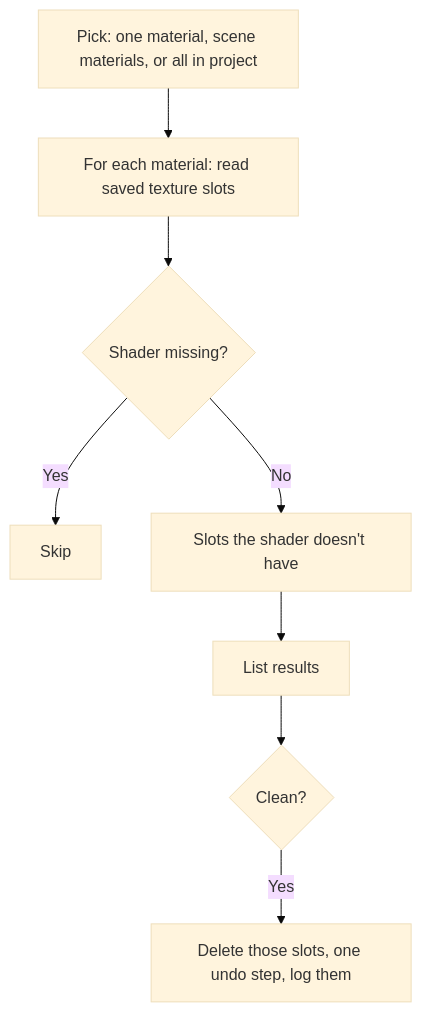
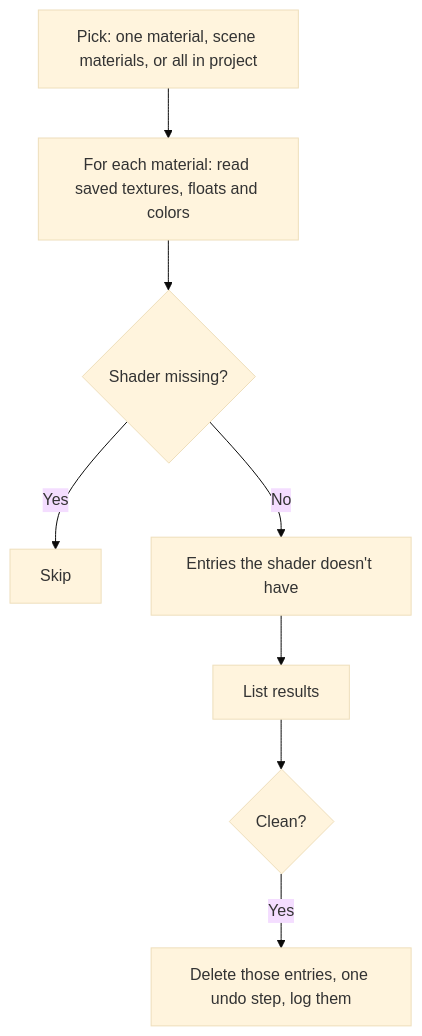
Before and after one commit to Rionquosue/riryunityworkflow: the diagram in docs/About/Tools/MaterialCleaner.md, drawn with Mermaid (base theme). The commit also changed other lines of this file and 51 other files, not shown here.

First line of the commit message:
Menu Tool icon and name checks, Material Cleaner floats and colors, undoable Controller Cleaner, Clean Animation Keys preview, Find and Replace partial and regex, AutoSync remote catch-up, Avatar Migration dry run, FTEmulator recording, Import Presets drag overlay, docs

````diff
--- a/docs/About/Tools/MaterialCleaner.md
+++ b/docs/About/Tools/MaterialCleaner.md
@@ -27,10 +28,10 @@
 ```mermaid
 flowchart TD
-    A[Pick: one material, scene materials, or all in project] --> B[For each material: read saved texture slots]
+    A[Pick: one material, scene materials, or all in project] --> B[For each material: read saved textures, floats and colors]
     B --> C{Shader missing?}
     C -- Yes --> D[Skip]
-    C -- No --> E[Slots the shader doesn't have]
+    C -- No --> E[Entries the shader doesn't have]
     E --> F[List results]
     F --> G{Clean?}
-    G -- Yes --> H[Delete those slots, one undo step, log them]
+    G -- Yes --> H[Delete those entries, one undo step, log them]
 ```
````
